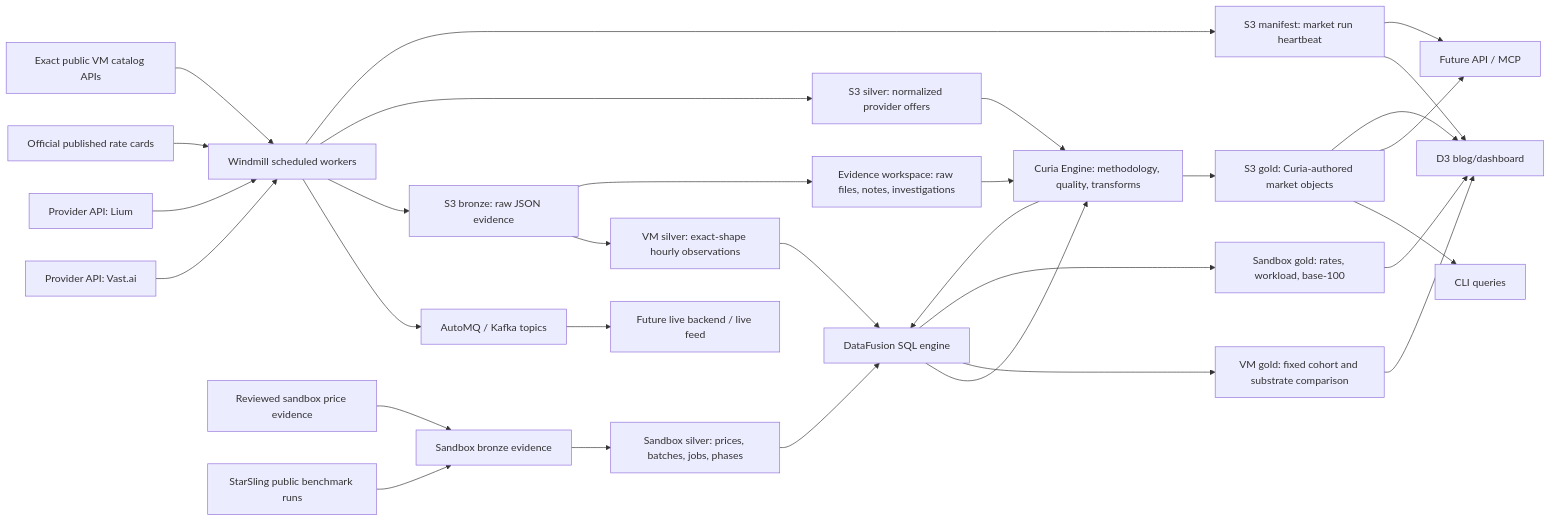
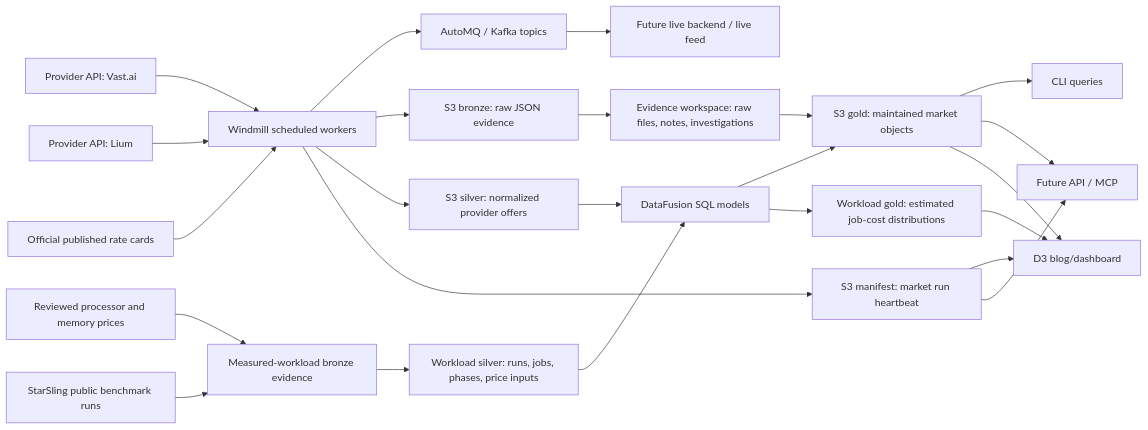
Before and after one commit to gustofied/the-compute-bazaar: the diagram in docs/architecture.md, drawn with Mermaid. The commit also changed other lines of this file and 118 other files, not shown here.

Commit message:
Consolidate the market data pipeline

````diff
--- a/docs/architecture.md
+++ b/docs/architecture.md
@@ -7,36 +7,29 @@
 ```mermaid
 flowchart LR
   Vast["Provider API: Vast.ai"] --> Windmill["Windmill scheduled workers"]
   Lium["Provider API: Lium"] --> Windmill
   Rates["Official published rate cards"] --> Windmill
-  VMCatalogs["Exact public VM catalog APIs"] --> Windmill
-  SandboxRates["Reviewed sandbox price evidence"] --> SandboxBronze["Sandbox bronze evidence"]
+  WorkloadPrices["Reviewed processor and memory prices"] --> SandboxBronze["Measured-workload bronze evidence"]
   StarSling["StarSling public benchmark runs"] --> SandboxBronze
 
   Windmill --> AutoMQ["AutoMQ / Kafka topics"]
   Windmill --> Bronze["S3 bronze: raw JSON evidence"]
   Windmill --> Silver["S3 silver: normalized provider offers"]
   Windmill --> MarketRun["S3 manifest: market run heartbeat"]
 
-  Silver --> Curia["Curia Engine: methodology, quality, transforms"]
-  Curia --> DataFusion["DataFusion SQL engine"]
-  DataFusion --> Curia
-  Curia --> Gold["S3 gold: Curia-authored market objects"]
-  Bronze --> VMSilver["VM silver: exact-shape hourly observations"]
-  VMSilver --> DataFusion
-  DataFusion --> VMGold["VM gold: fixed cohort and substrate comparison"]
-  SandboxBronze --> SandboxSilver["Sandbox silver: prices, batches, jobs, phases"]
+  Silver --> DataFusion["DataFusion SQL models"]
+  DataFusion --> Gold["S3 gold: maintained market objects"]
+  SandboxBronze --> SandboxSilver["Workload silver: runs, jobs, phases, price inputs"]
   SandboxSilver --> DataFusion
-  DataFusion --> SandboxGold["Sandbox gold: rates, workload, base-100"]
+  DataFusion --> SandboxGold["Workload gold: estimated job-cost distributions"]
   Bronze --> Workspace["Evidence workspace: raw files, notes, investigations"]
-  Workspace --> Curia
+  Workspace --> Gold
 
   Gold --> CLI["CLI queries"]
   Gold --> API["Future API / MCP"]
   Gold --> Dashboard["D3 blog/dashboard"]
   SandboxGold --> Dashboard
-  VMGold --> Dashboard
   MarketRun --> Dashboard
   MarketRun --> API
   AutoMQ --> Live["Future live backend / live feed"]
 ```
````
